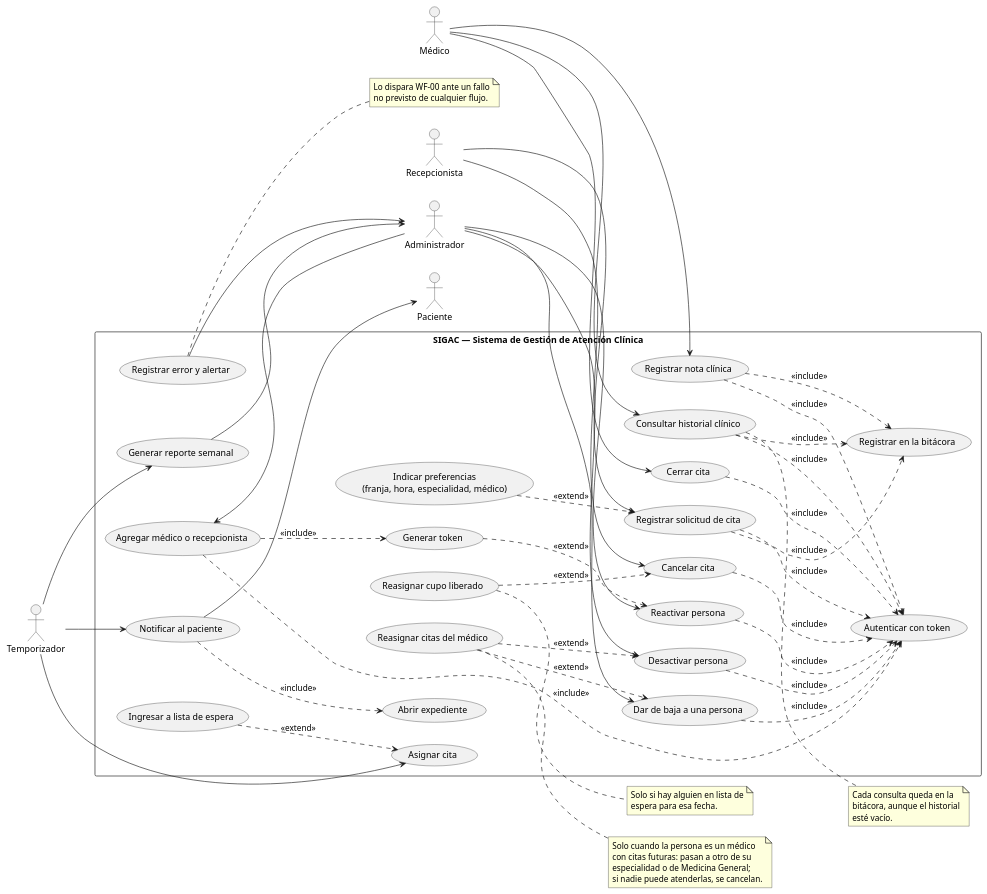
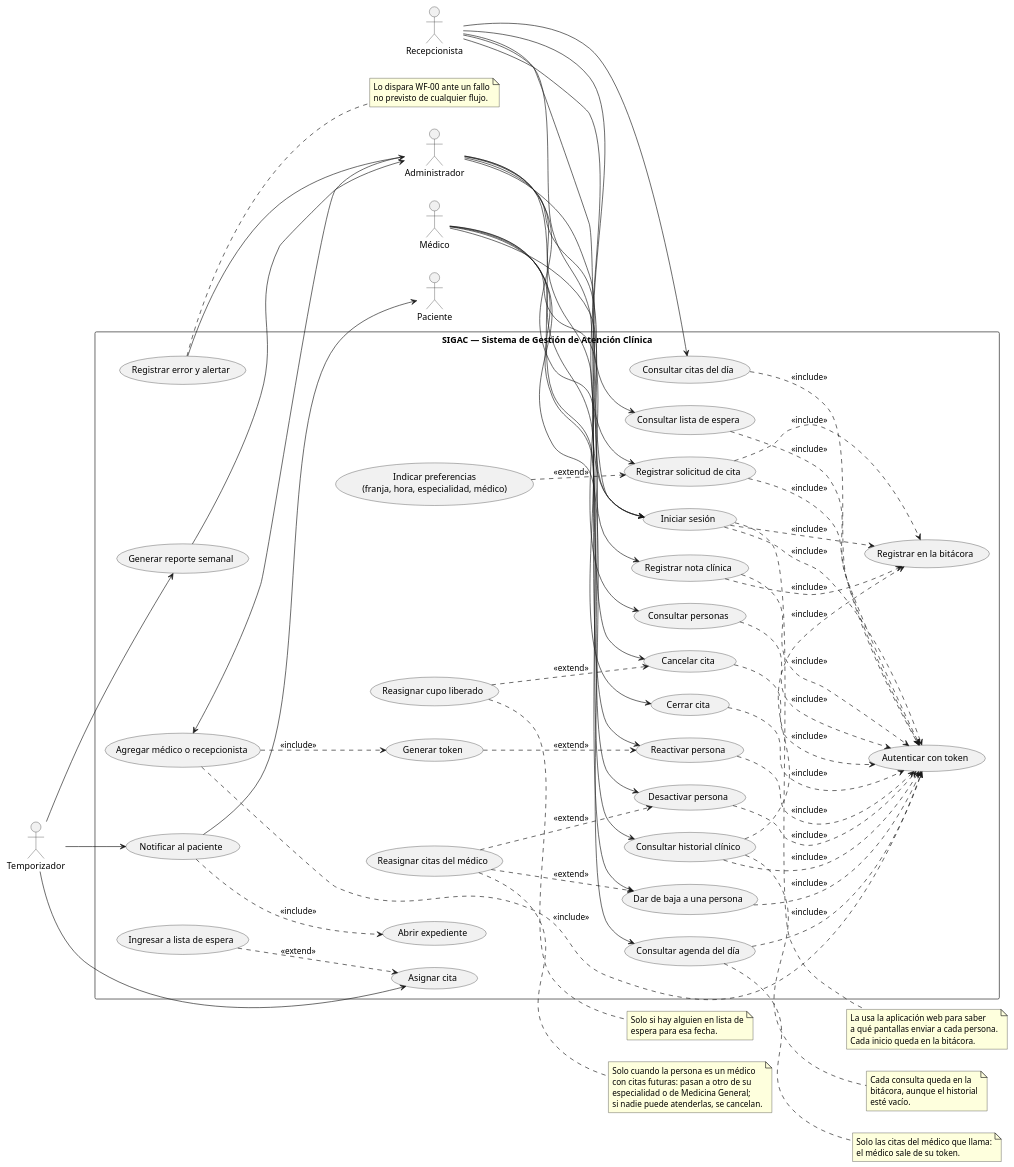
The diagram in docs/uml/CasosUso.puml (JOMALLMM1116/ProyectoSIGAC), drawn with PlantUML before and after one commit. The commit also changed 2 other files, not shown here.

Commit message:
:memo: diagramas de arquitectura y casos de uso con WF-10

```diff
--- a/docs/uml/CasosUso.puml
+++ b/docs/uml/CasosUso.puml
@@ -1,114 +1,143 @@
 @startuml CasosUso_SIGAC
 left to right direction
 skinparam packageStyle rectangle
 
 actor "Recepcionista" as Recepcion
 actor "Médico" as Medico
 actor "Administrador" as Admin
 actor "Temporizador" as Reloj
 actor "Paciente" as Paciente
 
 rectangle "SIGAC — Sistema de Gestión de Atención Clínica" {
 
   ' --- Comunes ---
   usecase "Autenticar con token" as UC_Auth
   usecase "Registrar en la bitácora" as UC_Bitacora
   usecase "Generar token" as UC_Token
+  usecase "Iniciar sesión" as UC_Sesion
 
   ' --- Recepción ---
   usecase "Registrar solicitud de cita" as UC_Solicitud
   usecase "Indicar preferencias\n(franja, hora, especialidad, médico)" as UC_Pref
   usecase "Cancelar cita" as UC_Cancelar
   usecase "Reasignar cupo liberado" as UC_Reasignar
+  usecase "Consultar citas del día" as UC_Citas
+  usecase "Consultar lista de espera" as UC_ListaEspera
 
   ' --- Médico ---
+  usecase "Consultar agenda del día" as UC_Agenda
   usecase "Cerrar cita" as UC_Cerrar
   usecase "Registrar nota clínica" as UC_Nota
   usecase "Consultar historial clínico" as UC_Historial
 
   ' --- Administración ---
+  usecase "Consultar personas" as UC_Personas
   usecase "Agregar médico o recepcionista" as UC_Agregar
   usecase "Desactivar persona" as UC_Desactivar
   usecase "Dar de baja a una persona" as UC_Baja
   usecase "Reactivar persona" as UC_Reactivar
   usecase "Reasignar citas del médico" as UC_ReasignarMed
 
   ' --- Procesos automáticos ---
   usecase "Asignar cita" as UC_Asignar
   usecase "Ingresar a lista de espera" as UC_Espera
   usecase "Notificar al paciente" as UC_Notificar
   usecase "Abrir expediente" as UC_Expediente
   usecase "Generar reporte semanal" as UC_Reporte
   usecase "Registrar error y alertar" as UC_Error
 }
 
 ' --- Actores y casos de uso ---
+Recepcion --> UC_Sesion
 Recepcion --> UC_Solicitud
 Recepcion --> UC_Cancelar
+Recepcion --> UC_Citas
+Recepcion --> UC_ListaEspera
 
+Medico --> UC_Sesion
+Medico --> UC_Agenda
 Medico --> UC_Cerrar
 Medico --> UC_Nota
 Medico --> UC_Historial
 
+Admin --> UC_Sesion
+Admin --> UC_Personas
 Admin --> UC_Agregar
 Admin --> UC_Desactivar
 Admin --> UC_Baja
 Admin --> UC_Reactivar
 
 Reloj --> UC_Asignar
 Reloj --> UC_Notificar
 Reloj --> UC_Reporte
 
 UC_Notificar --> Paciente
 UC_Reporte --> Admin
 UC_Error --> Admin
 
 ' --- Include: obligatorios ---
+UC_Sesion ..> UC_Auth : <<include>>
 UC_Solicitud ..> UC_Auth : <<include>>
 UC_Cancelar ..> UC_Auth : <<include>>
+UC_Citas ..> UC_Auth : <<include>>
+UC_ListaEspera ..> UC_Auth : <<include>>
+UC_Agenda ..> UC_Auth : <<include>>
 UC_Cerrar ..> UC_Auth : <<include>>
 UC_Nota ..> UC_Auth : <<include>>
 UC_Historial ..> UC_Auth : <<include>>
+UC_Personas ..> UC_Auth : <<include>>
 UC_Agregar ..> UC_Auth : <<include>>
 UC_Desactivar ..> UC_Auth : <<include>>
 UC_Baja ..> UC_Auth : <<include>>
 UC_Reactivar ..> UC_Auth : <<include>>
 
+UC_Sesion ..> UC_Bitacora : <<include>>
 UC_Solicitud ..> UC_Bitacora : <<include>>
 UC_Nota ..> UC_Bitacora : <<include>>
 UC_Historial ..> UC_Bitacora : <<include>>
 
 UC_Agregar ..> UC_Token : <<include>>
 UC_Notificar ..> UC_Expediente : <<include>>
 
 ' --- Extend: opcionales ---
 UC_Pref ..> UC_Solicitud : <<extend>>
 UC_Reasignar ..> UC_Cancelar : <<extend>>
 UC_Espera ..> UC_Asignar : <<extend>>
 UC_ReasignarMed ..> UC_Desactivar : <<extend>>
 UC_ReasignarMed ..> UC_Baja : <<extend>>
 UC_Token ..> UC_Reactivar : <<extend>>
+
+note right of UC_Sesion
+  La usa la aplicación web para saber
+  a qué pantallas enviar a cada persona.
+  Cada inicio queda en la bitácora.
+end note
+
+note right of UC_Agenda
+  Solo las citas del médico que llama:
+  el médico sale de su token.
+end note
 
 note right of UC_Historial
   Cada consulta queda en la
   bitácora, aunque el historial
   esté vacío.
 end note
 
 note right of UC_ReasignarMed
   Solo cuando la persona es un médico
   con citas futuras: pasan a otro de su
   especialidad o de Medicina General;
   si nadie puede atenderlas, se cancelan.
 end note
 
 note right of UC_Reasignar
   Solo si hay alguien en lista de
   espera para esa fecha.
 end note
 
 note right of UC_Error
   Lo dispara WF-00 ante un fallo
   no previsto de cualquier flujo.
 end note
 @enduml
```
